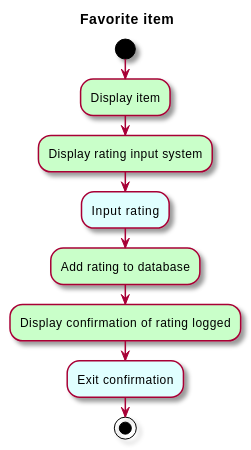
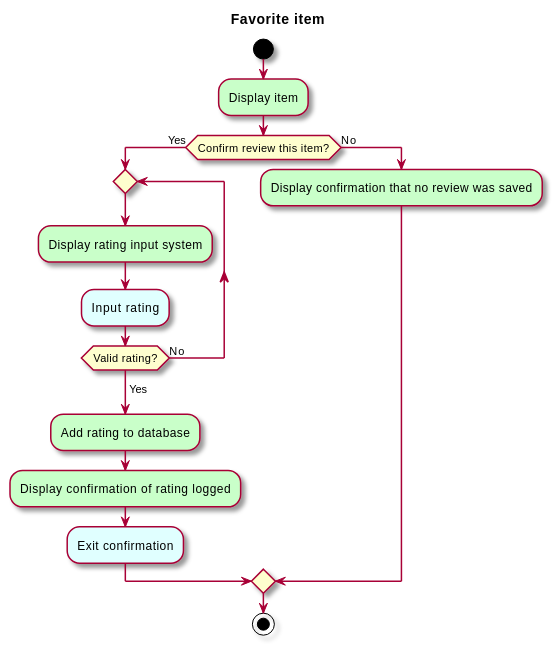
Before and after one commit to sashap100/Vassar-Dining-App: the diagram in intellij/doc/use-cases/review-item.md, drawn with PlantUML. The commit also changed other lines of this file and 2 other files, not shown here.

Commit message:
Added detail to Browse menu, Favorite item, and Review item use cases.

````diff
--- a/intellij/doc/use-cases/review-item.md
+++ b/intellij/doc/use-cases/review-item.md
@@ -24,16 +22,23 @@
 ```plantuml
 @startuml
 
 skin rose
 title Favorite item
 
 start
 #technology:Display item;
+if (Confirm review this item?) then (Yes)
+repeat
 #technology:Display rating input system;
 #LightCyan:Input rating;
+repeat while (Valid rating?) is (No)
+-> Yes;
 #technology:Add rating to database;
 #technology:Display confirmation of rating logged;
 #LightCyan:Exit confirmation;
+else (No)
+#technology:Display confirmation that no review was saved;
+endif
 stop
 @enduml
 ```
````
